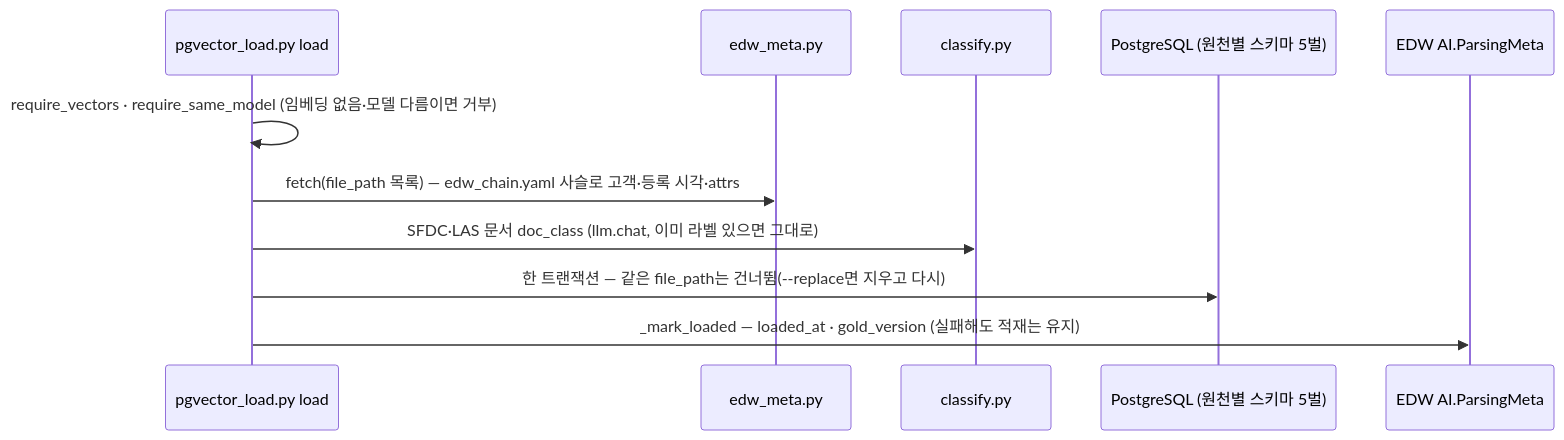
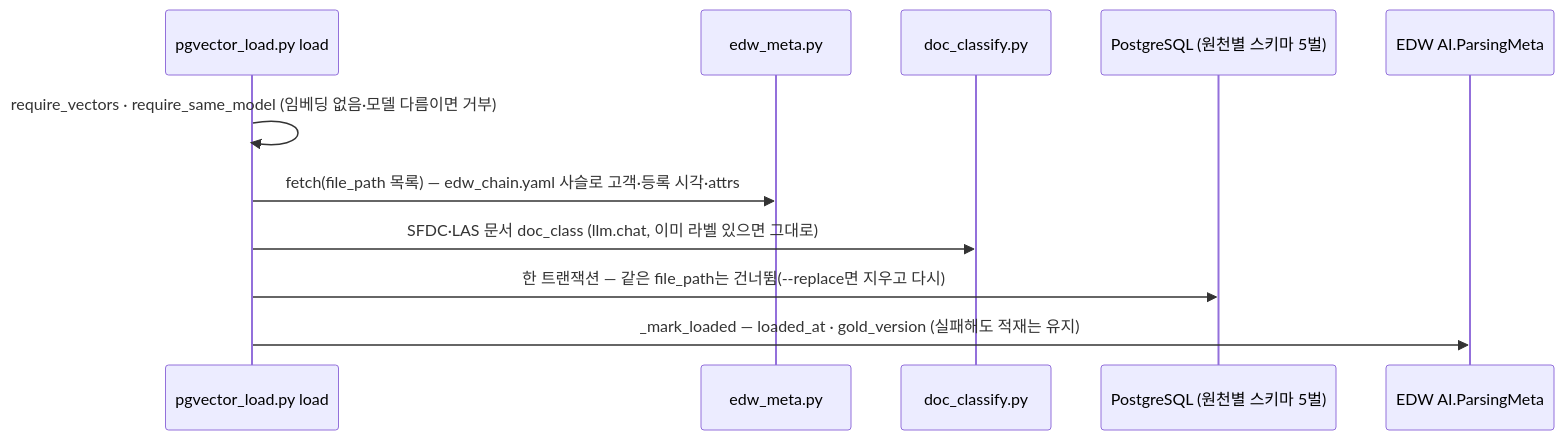
The ninth of 11 diagrams in docs/architecture/parse_flow.md (gigasamba/sbl_data_parsing), drawn with Mermaid before and after one commit. The commit also changed other lines of this file and 114 other files, not shown here.

````diff
--- a/docs/architecture/parse_flow.md
+++ b/docs/architecture/parse_flow.md
@@ -333,13 +333,13 @@
 ```mermaid
 sequenceDiagram
     participant L as pgvector_load.py load
     participant M as edw_meta.py
-    participant K as classify.py
+    participant K as doc_classify.py
     participant P as PostgreSQL (원천별 스키마 5벌)
     participant E as EDW AI.ParsingMeta
     L->>L: require_vectors · require_same_model (임베딩 없음·모델 다름이면 거부)
     L->>M: fetch(file_path 목록) — edw_chain.yaml 사슬로 고객·등록 시각·attrs
     L->>K: SFDC·LAS 문서 doc_class (llm.chat, 이미 라벨 있으면 그대로)
     L->>P: 한 트랜잭션 — 같은 file_path는 건너뜀(--replace면 지우고 다시)
     L->>E: _mark_loaded — loaded_at · gold_version (실패해도 적재는 유지)
 ```
````
